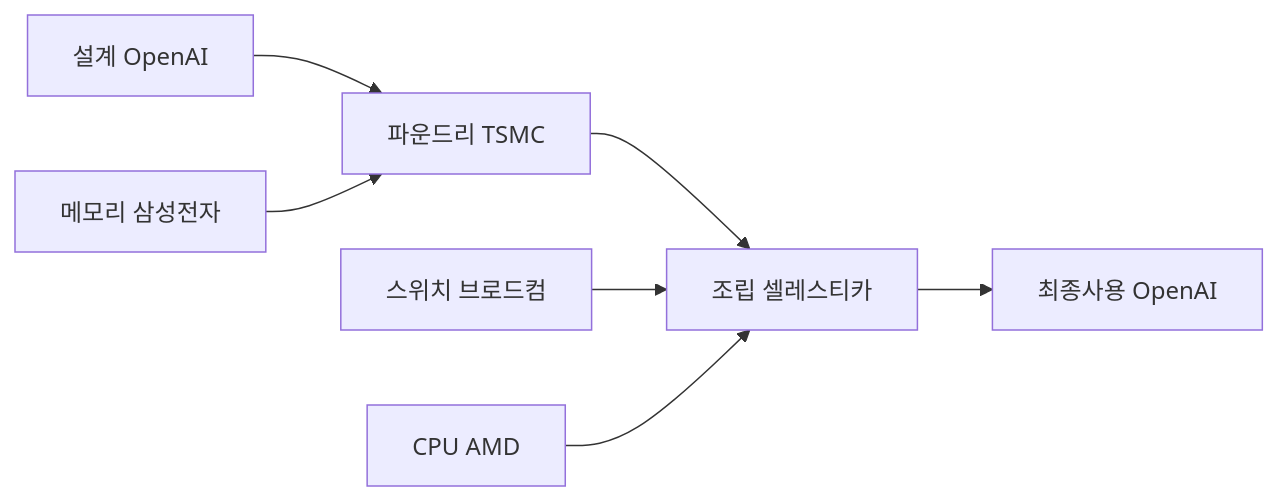
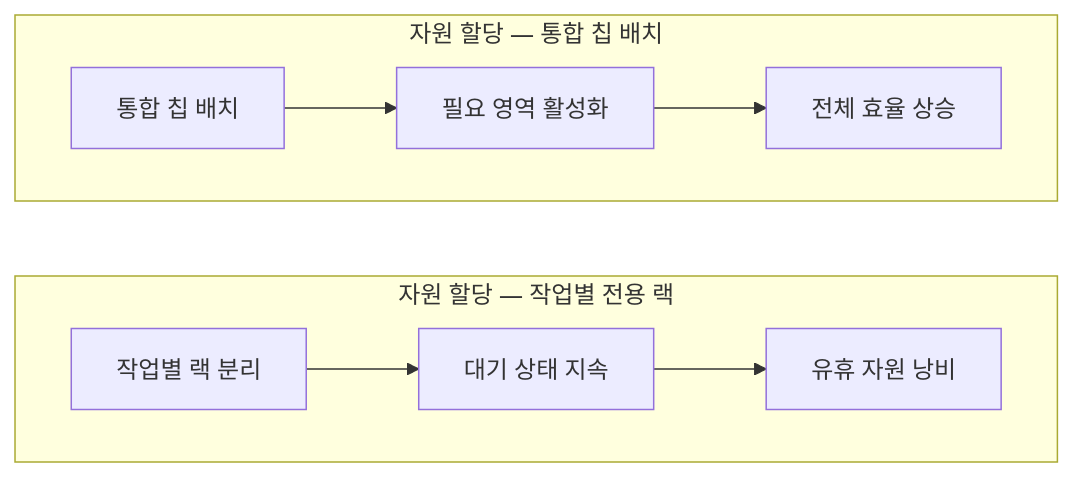
Before and after one commit to yohan4477/semi-report: the diagram in insights/frames/2026-08-27-openai-jalapeno-strategy.md, drawn with Mermaid. The commit also changed other lines of this file and 7 other files, not shown here.

````diff
--- a/insights/frames/2026-08-27-openai-jalapeno-strategy.md
+++ b/insights/frames/2026-08-27-openai-jalapeno-strategy.md
@@ -43,10 +62,12 @@
 ```mermaid
 flowchart LR
-  N1[설계 OpenAI] --> N2[파운드리 TSMC]
-  N3[메모리 삼성전자] --> N2
-  N2 --> N6[조립 셀레스티카]
-  N4[스위치 브로드컴] --> N6
-  N5[CPU AMD] --> N6
-  N6 --> N7[최종사용 OpenAI]
+  subgraph 랙_운용_기존 ["자원 할당 — 작업별 전용 랙"]
+    direction LR
+    작업별_랙_분리[작업별 랙 분리] --> 대기_상태_지속[대기 상태 지속] --> 유휴_자원_낭비[유휴 자원 낭비]
+  end
+  subgraph 랙_운용_오픈AI ["자원 할당 — 통합 칩 배치"]
+    direction LR
+    통합_칩_배치[통합 칩 배치] --> 필요_영역_활성화[필요 영역 활성화] --> 전체_효율_상승[전체 효율 상승]
+  end
 
 ```
````
